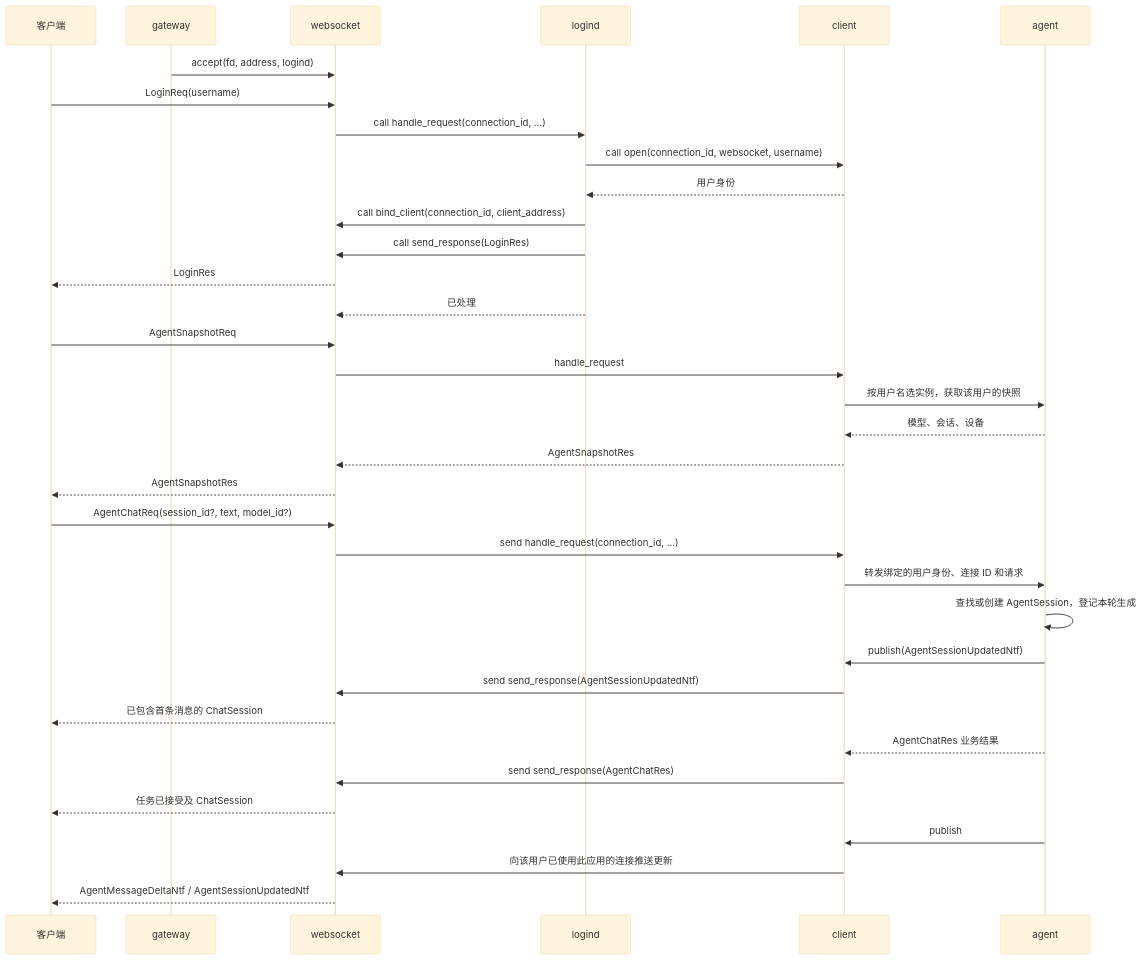
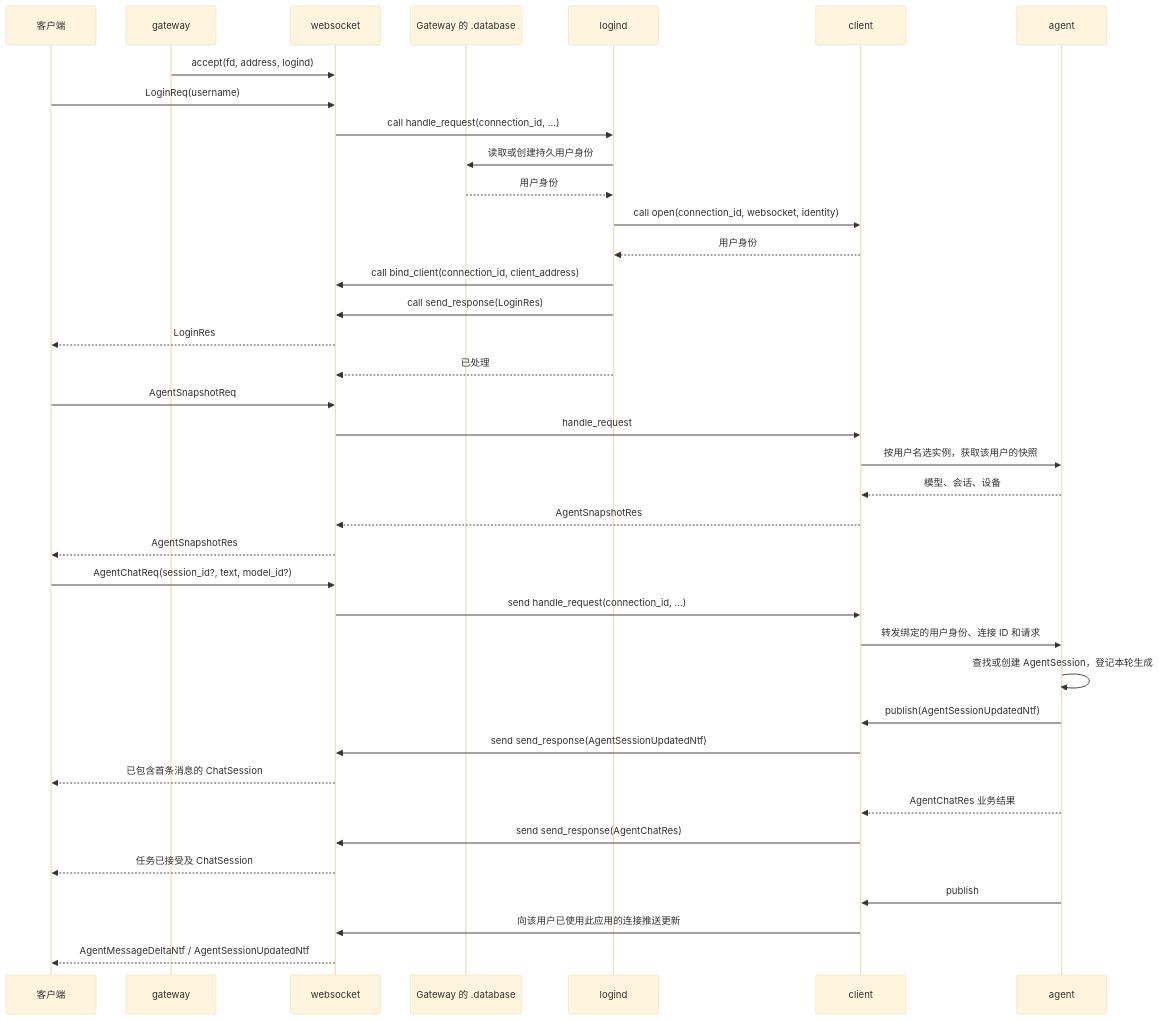
The second of 2 diagrams in docs/architecture/AGENT_GATEWAY.md (dingdalong/skynet_agent), drawn with Mermaid (base theme) before and after one commit. The commit also changed other lines of this file and 31 other files, not shown here.

````diff
--- a/docs/architecture/AGENT_GATEWAY.md
+++ b/docs/architecture/AGENT_GATEWAY.md
@@ -142,37 +142,40 @@
 ```mermaid
 sequenceDiagram
     participant C as 客户端
     participant G as gateway
     participant W as websocket
+    participant D as Gateway 的 .database
     participant L as logind
     participant A as client
     participant P as agent
     G->>W: accept(fd, address, logind)
     C->>W: LoginReq(username)
     W->>L: call handle_request(connection_id, ...)
-    L->>A: call open(connection_id, websocket, username)
+    L->>D: 读取或创建持久用户身份
+    D-->>L: 用户身份
+    L->>A: call open(connection_id, websocket, identity)
     A-->>L: 用户身份
     L->>W: call bind_client(connection_id, client_address)
     L->>W: call send_response(LoginRes)
     W-->>C: LoginRes
     L-->>W: 已处理
     C->>W: AgentSnapshotReq
     W->>A: handle_request
     A->>P: 按用户名选实例，获取该用户的快照
     P-->>A: 模型、会话、设备
     A-->>W: AgentSnapshotRes
     W-->>C: AgentSnapshotRes
     C->>W: AgentChatReq(session_id?, text, model_id?)
     W->>A: send handle_request(connection_id, ...)
     A->>P: 转发绑定的用户身份、连接 ID 和请求
     P->>P: 查找或创建 AgentSession，登记本轮生成
     P->>A: publish(AgentSessionUpdatedNtf)
     A->>W: send send_response(AgentSessionUpdatedNtf)
     W-->>C: 已包含首条消息的 ChatSession
     P-->>A: AgentChatRes 业务结果
     A->>W: send send_response(AgentChatRes)
     W-->>C: 任务已接受及 ChatSession
     P->>A: publish
     A->>W: 向该用户已使用此应用的连接推送更新
     W-->>C: AgentMessageDeltaNtf / AgentSessionUpdatedNtf
 ```
````
